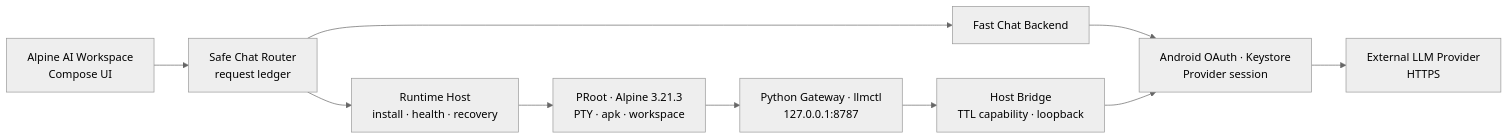
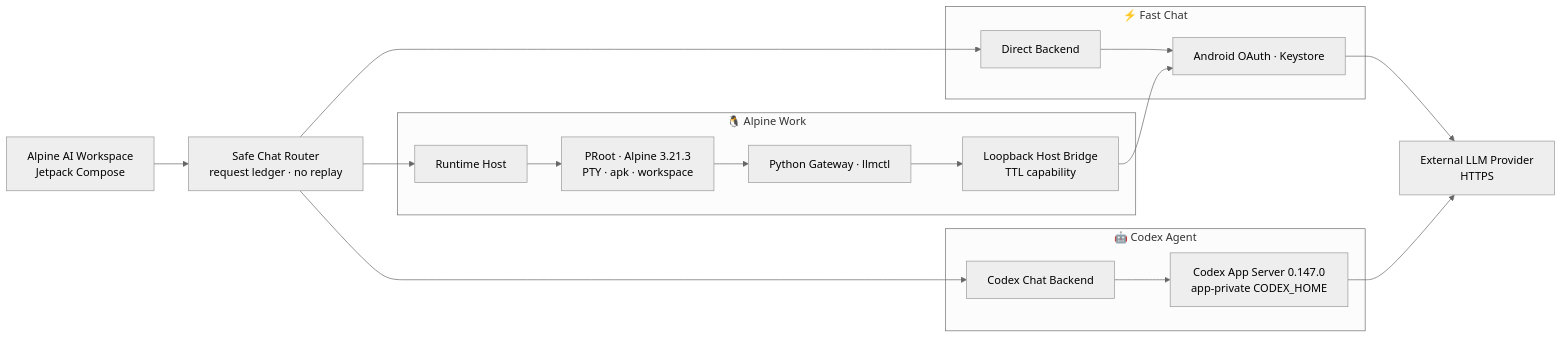
One commit to coreline-ai/alpine-llm-gateway changed the diagram in README.md. Above: the diagram before and after it, drawn with Mermaid (neutral theme). The commit also changed other lines of this file and 10 other files, not shown here.

````diff
--- a/README.md
+++ b/README.md
@@ -124,17 +155,34 @@
 ```mermaid
 flowchart LR
-    UI["Alpine AI Workspace<br/>Compose UI"]
-    ROUTER["Safe Chat Router<br/>request ledger"]
-    DIRECT["Fast Chat Backend"]
-    HOST["Android OAuth · Keystore<br/>Provider session"]
+    UI["Alpine AI Workspace<br/>Jetpack Compose"]
+    ROUTER["Safe Chat Router<br/>request ledger · no replay"]
     PROVIDER["External LLM Provider<br/>HTTPS"]
 
-    RUNTIME["Runtime Host<br/>install · health · recovery"]
-    GUEST["PRoot · Alpine 3.21.3<br/>PTY · apk · workspace"]
-    GATEWAY["Python Gateway · llmctl<br/>127.0.0.1:8787"]
-    BRIDGE["Host Bridge<br/>TTL capability · loopback"]
+    subgraph FAST["⚡ Fast Chat"]
+      DIRECT["Direct Backend"]
+      AUTH["Android OAuth · Keystore"]
+      DIRECT --> AUTH
+    end
+
+    subgraph WORK["🐧 Alpine Work"]
+      HOST["Runtime Host"]
+      GUEST["PRoot · Alpine 3.21.3<br/>PTY · apk · workspace"]
+      GATEWAY["Python Gateway · llmctl"]
+      BRIDGE["Loopback Host Bridge<br/>TTL capability"]
+      HOST --> GUEST --> GATEWAY --> BRIDGE
+    end
+
+    subgraph CODEX["🤖 Codex Agent"]
+      CODEX_BACKEND["Codex Chat Backend"]
+      APP_SERVER["Codex App Server 0.147.0<br/>app-private CODEX_HOME"]
+      CODEX_BACKEND --> APP_SERVER
+    end
 
     UI --> ROUTER
-    ROUTER --> DIRECT --> HOST --> PROVIDER
-    ROUTER --> RUNTIME --> GUEST --> GATEWAY --> BRIDGE --> HOST
+    ROUTER --> DIRECT
+    ROUTER --> HOST
+    ROUTER --> CODEX_BACKEND
+    AUTH --> PROVIDER
+    BRIDGE --> AUTH
+    APP_SERVER --> PROVIDER
 ```
````
